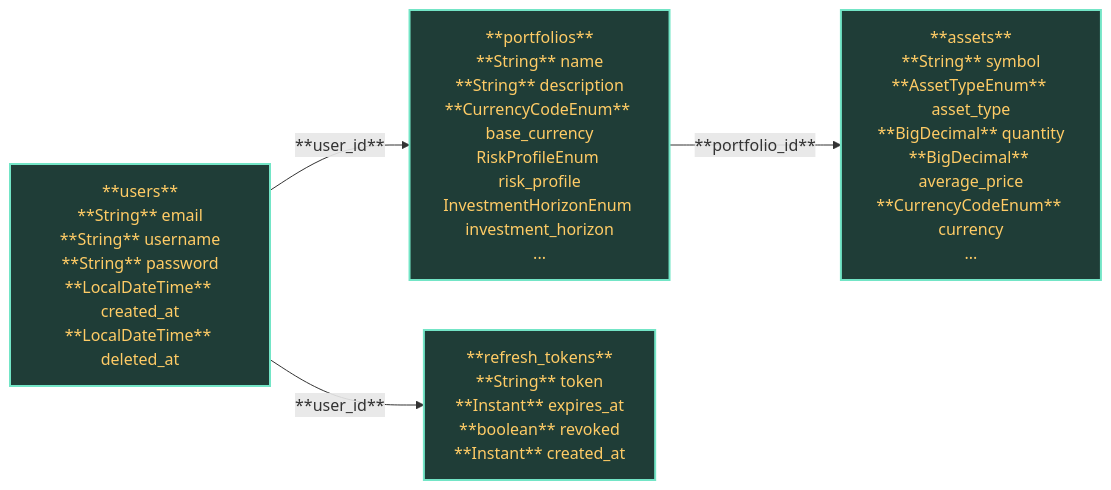
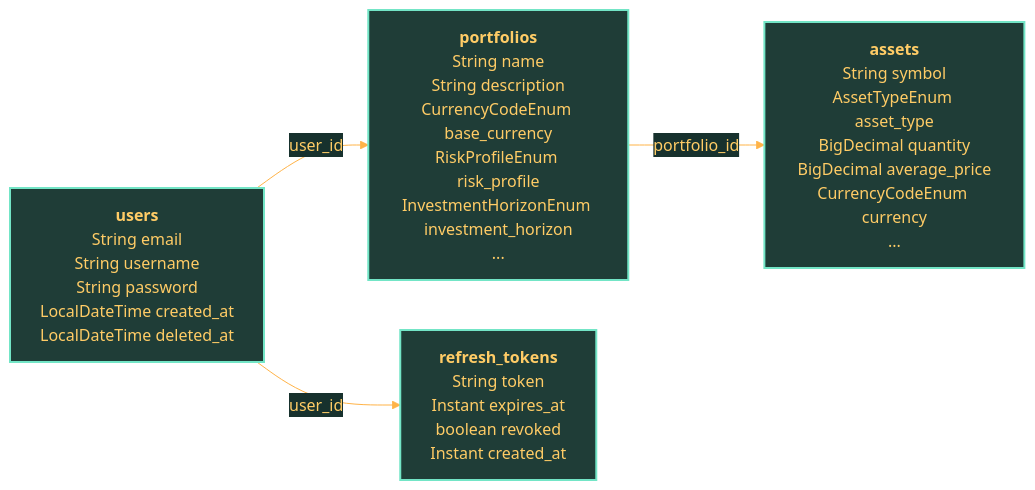
Before and after one commit to ismaelperezdev/Tyche-Wealth: the diagram in docs/knowledge/database/overview.md, drawn with Mermaid. The commit also changed other lines of this file and 15 other files, not shown here.

````diff
--- a/docs/knowledge/database/overview.md
+++ b/docs/knowledge/database/overview.md
@@ -23,58 +40,58 @@
 ```mermaid
 %%{init: {
   "theme": "base",
   "themeVariables": {
     "background": "#1c2c29",
     "primaryColor": "#24443d",
     "primaryTextColor": "#ffcc66",
     "primaryBorderColor": "#73e5c6",
     "lineColor": "#ffb347",
     "secondaryColor": "#203934",
     "tertiaryColor": "#294c44",
     "mainBkg": "#24443d",
     "secondBkg": "#203934",
     "tertiaryBkg": "#294c44",
     "clusterBkg": "#17312d",
     "clusterBorder": "#57c8a8",
     "nodeBkg": "#24443d",
     "nodeBorder": "#73e5c6",
     "defaultLinkColor": "#ffb347",
     "titleColor": "#ffcc66",
     "textColor": "#ffcc66",
     "edgeLabelBackground": "#17312d",
     "actorBkg": "#24443d",
     "actorBorder": "#73e5c6",
     "actorTextColor": "#ffcc66",
     "actorLineColor": "#ffb347",
     "signalColor": "#ffb347",
     "signalTextColor": "#ffcc66",
     "labelBoxBkgColor": "#17312d",
     "labelBoxBorderColor": "#57c8a8",
     "labelTextColor": "#ffcc66",
     "loopTextColor": "#ffcc66",
     "noteBkgColor": "#294c44",
     "noteBorderColor": "#82e7cb",
     "noteTextColor": "#ffcc66",
     "activationBkgColor": "#2c5a50",
     "activationBorderColor": "#73e5c6",
     "sectionBkgColor": "#1b3531",
     "altSectionBkgColor": "#22413b",
     "gridColor": "rgba(255, 179, 71, 0.22)"
   },
-  "themeCSS": ".messageText, .messageText tspan, .label text, .label tspan, .edgeLabel text, .edgeLabel tspan, .nodeLabel, .nodeLabel p, .nodeLabel span, .label foreignObject, .label foreignObject div, .cluster-label text, .cluster-label tspan, .actor text, .actor tspan, .loopText, .noteText, .er text, .er tspan, .er.entityLabel, .er.attributeText, .er.relationshipLabel, .er foreignObject div, .er foreignObject span, .er foreignObject td, .er foreignObject th { fill: #ffcc66 !important; color: "#ffcc66" !important; } .messageLine0, .messageLine1, .flowchart-link, .edgePath path, .actor-line, .er.relationshipLine { stroke: "#ffb347" !important; fill: none !important; } .arrowheadPath, marker path { stroke: "#ffb347" !important; fill: "#ffb347" !important; } .er rect, .er .entityBox, .er .attributeBoxEven, .er .attributeBoxOdd { fill: "#24443d" !important; stroke: "#73e5c6" !important; } .er .relationshipLabelBox { fill: "#17312d" !important; stroke: "#57c8a8" !important; } .er foreignObject, .er foreignObject div, .er foreignObject table { background: "#24443d" !important; } .er foreignObject tr:nth-child(odd), .er foreignObject tr:nth-child(odd) td { background: "#24443d" !important; } .er foreignObject tr:nth-child(even), .er foreignObject tr:nth-child(even) td { background: "#2b4f47" !important; } .er foreignObject td, .er foreignObject th { border-color: "#73e5c6" !important; }"
+  "themeCSS": ".messageText, .messageText tspan, .label text, .label tspan, .edgeLabel text, .edgeLabel tspan, .nodeLabel, .nodeLabel p, .nodeLabel span, .label foreignObject, .label foreignObject div, .cluster-label text, .cluster-label tspan, .actor text, .actor tspan, .loopText, .noteText, .er text, .er tspan, .er.entityLabel, .er.attributeText, .er.relationshipLabel, .er foreignObject div, .er foreignObject span, .er foreignObject td, .er foreignObject th { fill: #ffcc66 !important; color: #ffcc66 !important; } .messageLine0, .messageLine1, .flowchart-link, .edgePath path, .actor-line, .er.relationshipLine { stroke: #ffb347 !important; fill: none !important; } .arrowheadPath, marker path { stroke: #ffb347 !important; fill: #ffb347 !important; } .er rect, .er .entityBox, .er .attributeBoxEven, .er .attributeBoxOdd { fill: #24443d !important; stroke: #73e5c6 !important; } .er .relationshipLabelBox { fill: #17312d !important; stroke: #57c8a8 !important; } .er foreignObject, .er foreignObject div, .er foreignObject table { background: #24443d !important; } .er foreignObject tr:nth-child(odd), .er foreignObject tr:nth-child(odd) td { background: #24443d !important; } .er foreignObject tr:nth-child(even), .er foreignObject tr:nth-child(even) td { background: #2b4f47 !important; } .er foreignObject td, .er foreignObject th { border-color: #73e5c6 !important; }"
 }}%%
 flowchart LR
   classDef entity fill:#1f3d37,stroke:#73e5c6,stroke-width:2px,color:#ffcc66;
   classDef relation fill:#17312d,stroke:#ffb347,color:#ffcc66;
-  assets["**assets**<br/>**String** symbol<br/>**AssetTypeEnum** asset_type<br/>**BigDecimal** quantity<br/>**BigDecimal** average_price<br/>**CurrencyCodeEnum** currency<br/>..."]
+  assets["<b>assets</b><br/>String symbol<br/>AssetTypeEnum asset_type<br/>BigDecimal quantity<br/>BigDecimal average_price<br/>CurrencyCodeEnum currency<br/>..."]
   class assets entity;
-  portfolios["**portfolios**<br/>**String** name<br/>**String** description<br/>**CurrencyCodeEnum** base_currency<br/>RiskProfileEnum risk_profile<br/>InvestmentHorizonEnum investment_horizon<br/>..."]
+  portfolios["<b>portfolios</b><br/>String name<br/>String description<br/>CurrencyCodeEnum base_currency<br/>RiskProfileEnum risk_profile<br/>InvestmentHorizonEnum investment_horizon<br/>..."]
   class portfolios entity;
-  refresh_tokens["**refresh_tokens**<br/>**String** token<br/>**Instant** expires_at<br/>**boolean** revoked<br/>**Instant** created_at"]
+  refresh_tokens["<b>refresh_tokens</b><br/>String token<br/>Instant expires_at<br/>boolean revoked<br/>Instant created_at"]
   class refresh_tokens entity;
-  users["**users**<br/>**String** email<br/>**String** username<br/>**String** password<br/>**LocalDateTime** created_at<br/>**LocalDateTime** deleted_at"]
+  users["<b>users</b><br/>String email<br/>String username<br/>String password<br/>LocalDateTime created_at<br/>LocalDateTime deleted_at"]
   class users entity;
-  portfolios -->|**portfolio_id**| assets
-  users -->|**user_id**| portfolios
-  users -->|**user_id**| refresh_tokens
+  portfolios -->|portfolio_id| assets
+  users -->|user_id| portfolios
+  users -->|user_id| refresh_tokens
 ```
````
